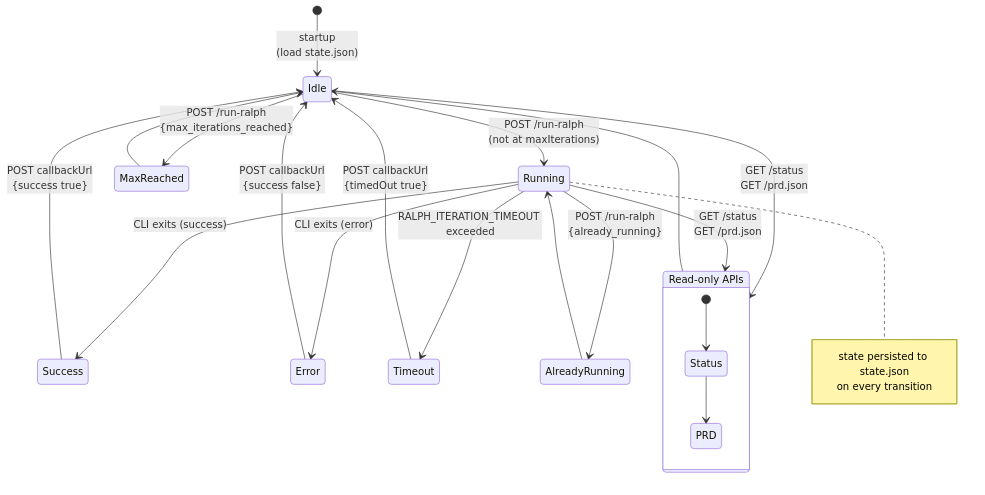
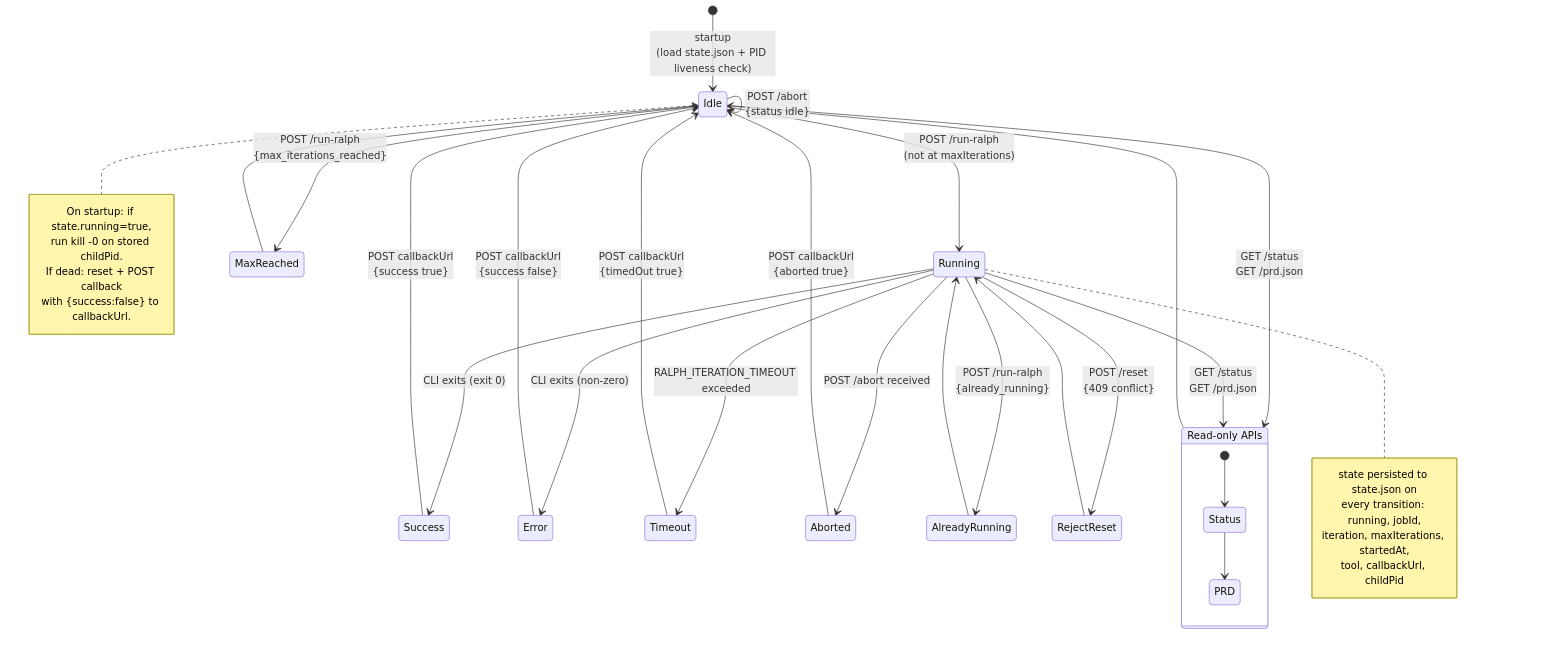
One commit to NNTin/gsnake-specs changed the fifth of 8 diagrams in ralph-loop/architecture.md. Above: the diagram before and after it, drawn with Mermaid. The commit also changed other lines of this file, not shown here.

First line of the commit message:
feat: improve ralph-loop architecture — auth gateway, reset/abort, amp removal

````diff
--- a/ralph-loop/architecture.md
+++ b/ralph-loop/architecture.md
@@ -199,40 +244,59 @@
 ```mermaid
 stateDiagram-v2
     direction TB
 
-    [*] --> Idle : startup<br>(load state.json)
+    [*] --> Idle : startup<br>(load state.json + PID liveness check)
 
     %% --- Core lifecycle ---
     Idle --> Running : POST /run-ralph<br>(not at maxIterations)
 
-    Running --> Success : CLI exits (success)
-    Running --> Error : CLI exits (error)
+    Running --> Success : CLI exits (exit 0)
+    Running --> Error : CLI exits (non-zero)
     Running --> Timeout : RALPH_ITERATION_TIMEOUT exceeded
+    Running --> Aborted : POST /abort received
 
-    Success --> Idle : POST callbackUrl<br>{success  true}
-    Error --> Idle : POST callbackUrl<br>{success  false}
-    Timeout --> Idle : POST callbackUrl<br>{timedOut  true}
+    Success --> Idle : POST callbackUrl<br>{success true}
+    Error --> Idle : POST callbackUrl<br>{success false}
+    Timeout --> Idle : POST callbackUrl<br>{timedOut true}
+    Aborted --> Idle : POST callbackUrl<br>{aborted true}
 
     %% --- Guards / rejections ---
     Idle --> MaxReached : POST /run-ralph<br>{max_iterations_reached}
     MaxReached --> Idle
 
     Running --> AlreadyRunning : POST /run-ralph<br>{already_running}
     AlreadyRunning --> Running
+
+    %% --- Reset ---
+    Idle --> Idle : POST /reset<br>{status reset}
+    Running --> RejectReset : POST /reset<br>{409 conflict}
+    RejectReset --> Running
+
+    %% --- Abort idempotent ---
+    Idle --> Idle : POST /abort<br>{status idle}
 
     %% --- Read-only operations (grouped) ---
     state "Read-only APIs" as ReadOnly {
         [*] --> Status
         Status --> PRD
     }
 
     Idle --> ReadOnly : GET /status<br>GET /prd.json
     Running --> ReadOnly : GET /status<br>GET /prd.json
     ReadOnly --> Idle
 
     %% --- Persistence note ---
     note right of Running
-        state persisted to state.json
-        on every transition
+        state persisted to state.json on
+        every transition: running, jobId,
+        iteration, maxIterations, startedAt,
+        tool, callbackUrl, childPid
+    end note
+
+    note right of Idle
+        On startup: if state.running=true,
+        run kill -0 on stored childPid.
+        If dead: reset + POST callback
+        with {success:false} to callbackUrl.
     end note
 ```
````
